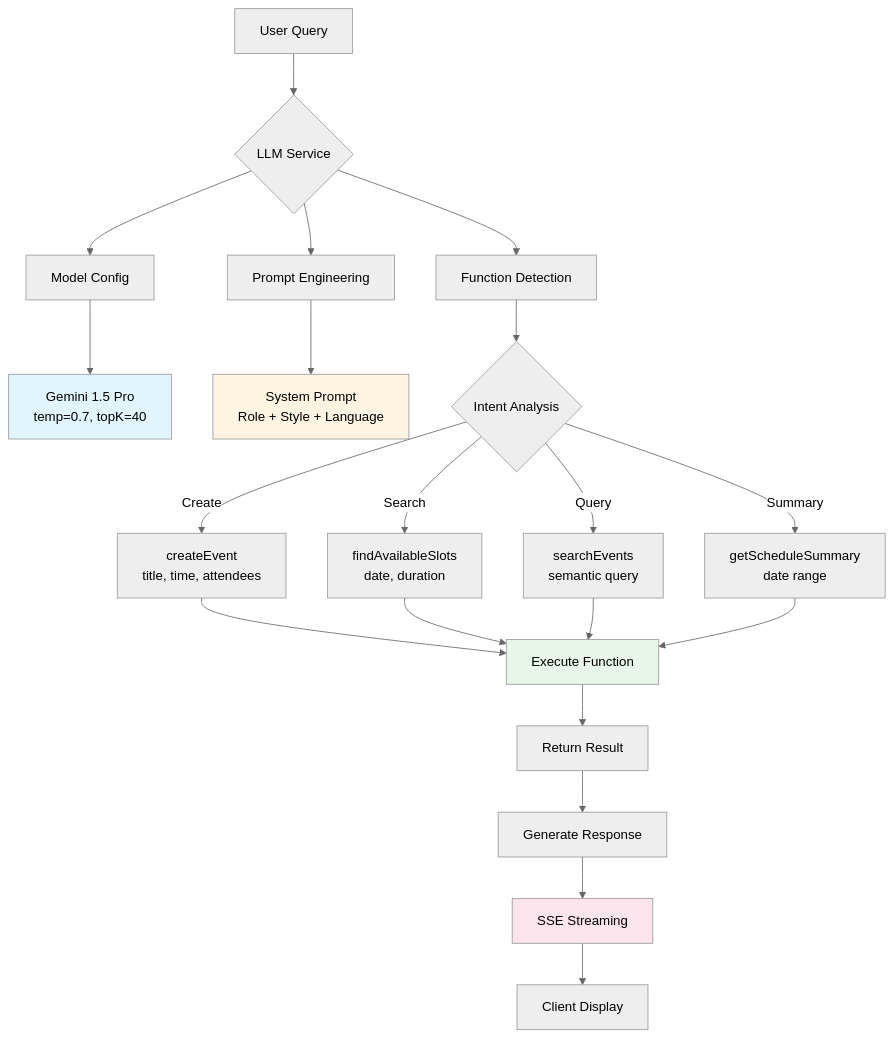
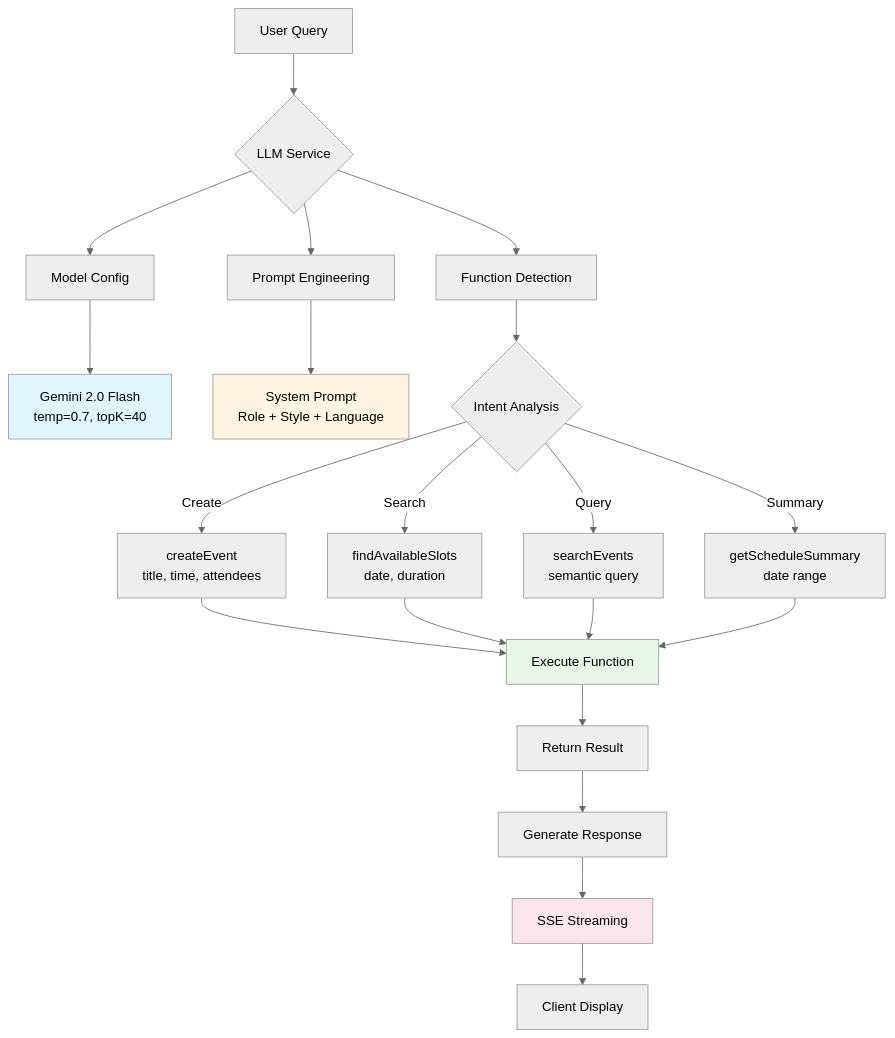
The second of 14 diagrams in reports/SE347_Báo Cáo_Nhóm 2.docx.md (TDevUIT/Calento), drawn with Mermaid (neutral theme) before and after one commit. The commit also changed other lines of this file, not shown here.

Commit message:
feat(reports): update and expand system architecture, data, API, and UI/UX designs

````diff
--- a/reports/SE347_Báo Cáo_Nhóm 2.docx.md
+++ b/reports/SE347_Báo Cáo_Nhóm 2.docx.md
@@ -672,32 +759,32 @@
 ```mermaid
 graph TB
     A[User Query] --> B{LLM Service}
     B --> C[Model Config]
-    C --> D[Gemini 1.5 Pro<br/>temp=0.7, topK=40]
+    C --> D[Gemini 2.0 Flash<br/>temp=0.7, topK=40]
     
     B --> E[Prompt Engineering]
     E --> F[System Prompt<br/>Role + Style + Language]
     
     B --> G[Function Detection]
     G --> H{Intent Analysis}
     
     H -->|Create| I[createEvent<br/>title, time, attendees]
     H -->|Search| J[findAvailableSlots<br/>date, duration]
     H -->|Query| K[searchEvents<br/>semantic query]
     H -->|Summary| L[getScheduleSummary<br/>date range]
     
     I --> M[Execute Function]
     J --> M
     K --> M
     L --> M
     
     M --> N[Return Result]
     N --> O[Generate Response]
     O --> P[SSE Streaming]
     P --> Q[Client Display]
     
     style D fill:#e1f5ff
     style F fill:#fff4e1
     style M fill:#e8f5e9
     style P fill:#fce4ec
 ```
````
